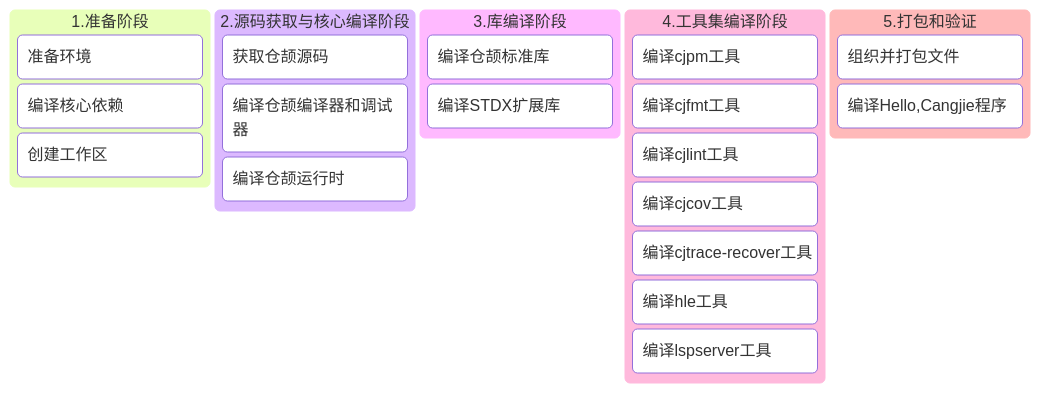
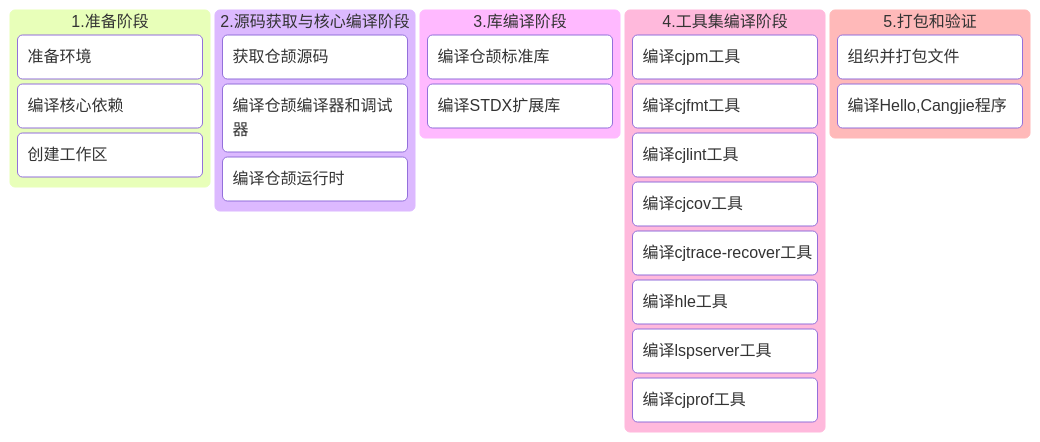
One commit to causerp/cangjie_build changed the diagram in docs/linux.md. Above: the diagram before and after it, drawn with Mermaid. The commit also changed other lines of this file and 21 other files, not shown here.

````diff
--- a/docs/linux.md
+++ b/docs/linux.md
@@ -9,25 +9,26 @@
 ```mermaid
 kanban
   1.准备阶段
     A[准备环境]
     B[编译核心依赖]
     C[创建工作区]
   2.源码获取与核心编译阶段
     D[获取仓颉源码]
     E[编译仓颉编译器和调试器]
     F[编译仓颉运行时]
   3.库编译阶段
     G[编译仓颉标准库]
     H[编译STDX扩展库]
   4.工具集编译阶段
     I[编译cjpm工具]
     J[编译cjfmt工具]
     K[编译cjlint工具]
     L[编译cjcov工具]
     M[编译cjtrace-recover工具]
     N[编译hle工具]
     O[编译lspserver工具]
+    P[编译cjprof工具]
   5.打包和验证
-    P[组织并打包文件]
-    Q[编译Hello,Cangjie程序]
+    Q[组织并打包文件]
+    R[编译Hello,Cangjie程序]
 ```
````
